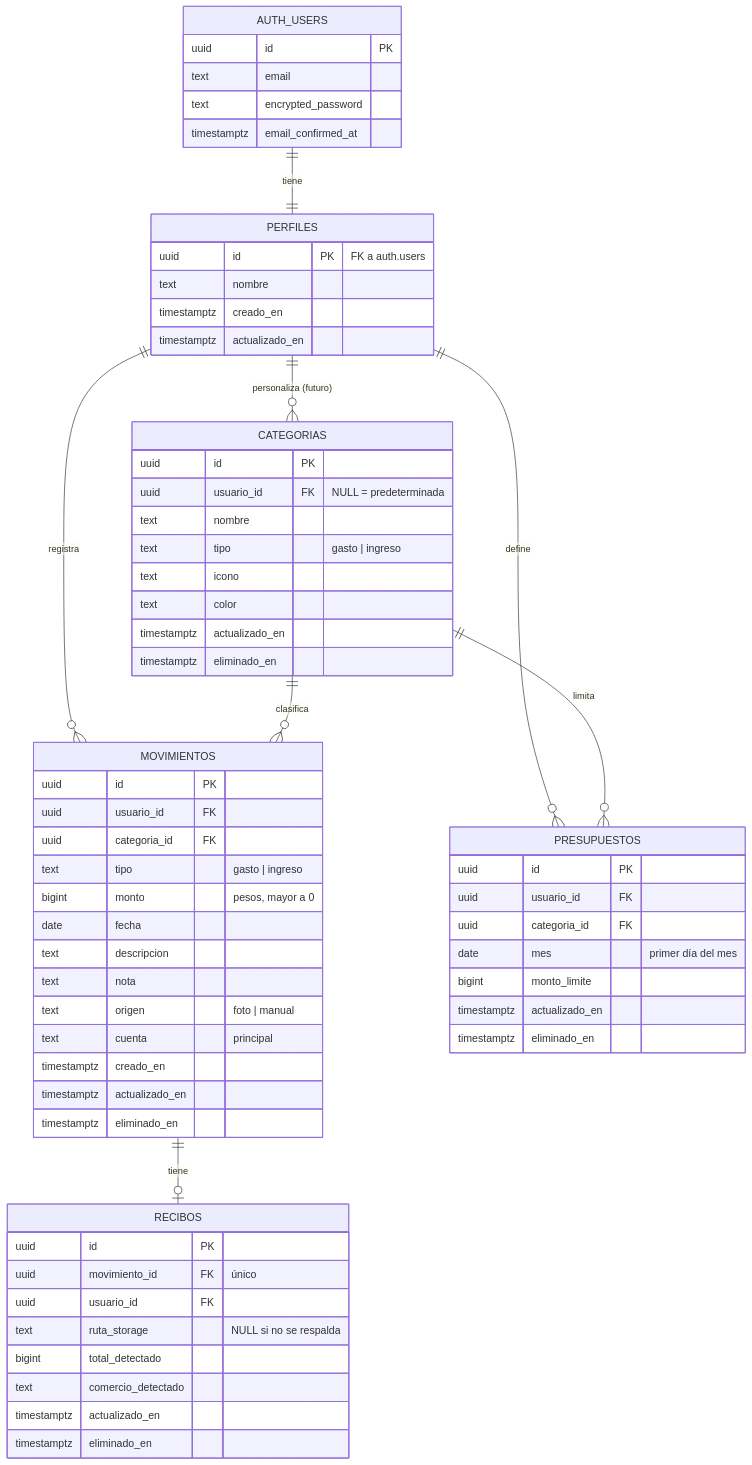
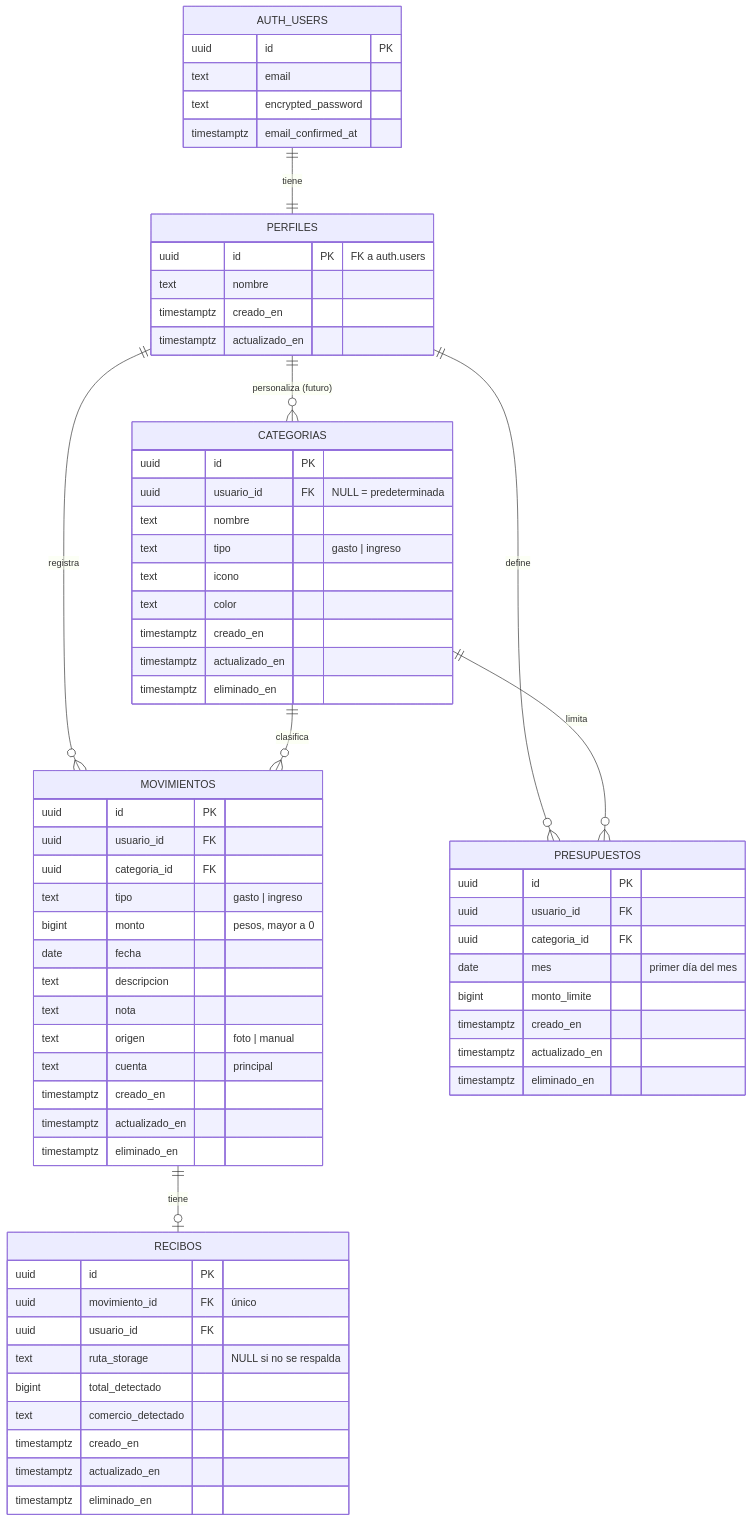
The second of 2 diagrams in docs/06-arquitectura.md (Aryeisor/MisLukas), drawn with Mermaid before and after one commit. The commit also changed other lines of this file and 71 other files, not shown here.

````diff
--- a/docs/06-arquitectura.md
+++ b/docs/06-arquitectura.md
@@ -268,66 +268,69 @@
 ```mermaid
 erDiagram
     AUTH_USERS ||--|| PERFILES : "tiene"
     PERFILES ||--o{ MOVIMIENTOS : "registra"
     PERFILES ||--o{ PRESUPUESTOS : "define"
     PERFILES ||--o{ CATEGORIAS : "personaliza (futuro)"
     CATEGORIAS ||--o{ MOVIMIENTOS : "clasifica"
     CATEGORIAS ||--o{ PRESUPUESTOS : "limita"
     MOVIMIENTOS ||--o| RECIBOS : "tiene"
     AUTH_USERS {
         uuid id PK
         text email
         text encrypted_password
         timestamptz email_confirmed_at
     }
     PERFILES {
         uuid id PK "FK a auth.users"
         text nombre
         timestamptz creado_en
         timestamptz actualizado_en
     }
     CATEGORIAS {
         uuid id PK
         uuid usuario_id FK "NULL = predeterminada"
         text nombre
         text tipo "gasto | ingreso"
         text icono
         text color
+        timestamptz creado_en
         timestamptz actualizado_en
         timestamptz eliminado_en
     }
     MOVIMIENTOS {
         uuid id PK
         uuid usuario_id FK
         uuid categoria_id FK
         text tipo "gasto | ingreso"
         bigint monto "pesos, mayor a 0"
         date fecha
         text descripcion
         text nota
         text origen "foto | manual"
         text cuenta "principal"
         timestamptz creado_en
         timestamptz actualizado_en
         timestamptz eliminado_en
     }
     PRESUPUESTOS {
         uuid id PK
         uuid usuario_id FK
         uuid categoria_id FK
         date mes "primer día del mes"
         bigint monto_limite
+        timestamptz creado_en
         timestamptz actualizado_en
         timestamptz eliminado_en
     }
     RECIBOS {
         uuid id PK
         uuid movimiento_id FK "único"
         uuid usuario_id FK
         text ruta_storage "NULL si no se respalda"
         bigint total_detectado
         text comercio_detectado
+        timestamptz creado_en
         timestamptz actualizado_en
         timestamptz eliminado_en
     }
 ```
````
